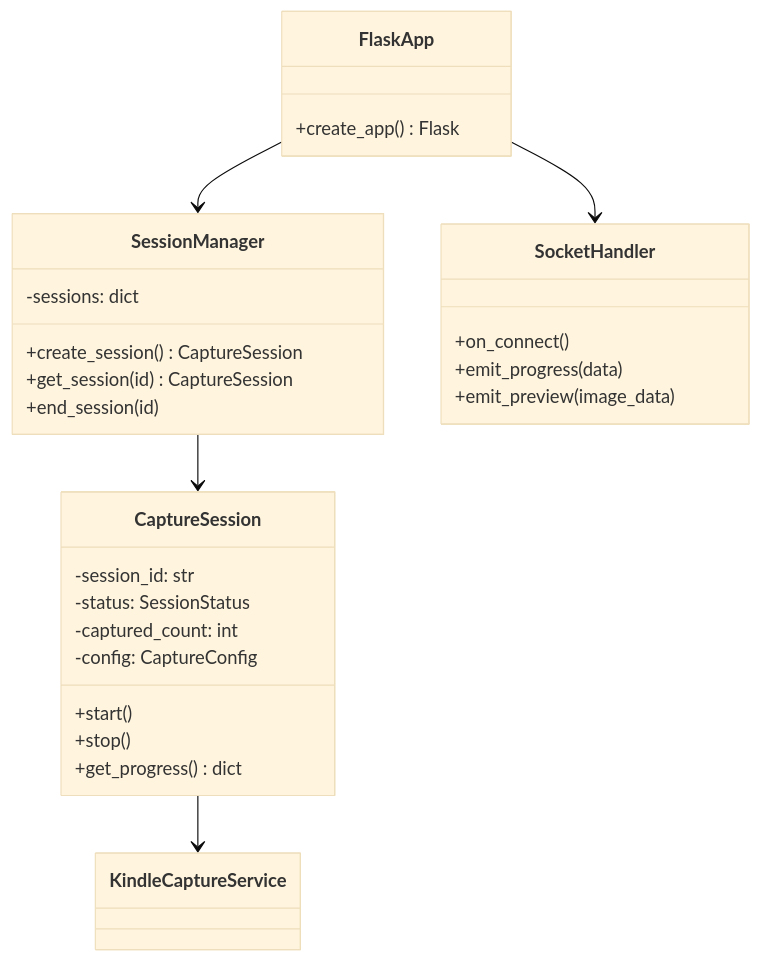
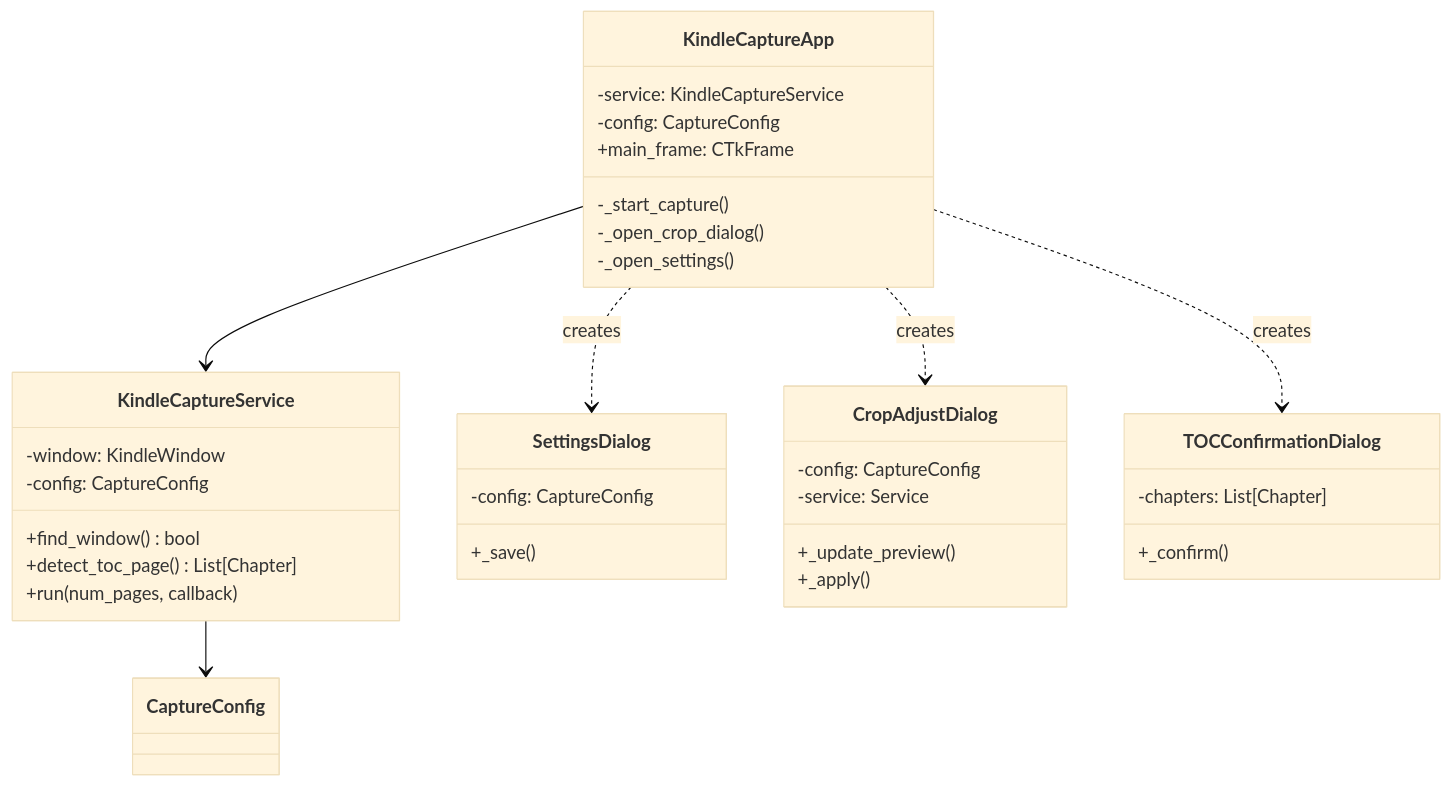
One commit to monokuma201607/kindle-to-pdf changed the first of 2 diagrams in docs/03_detailed_design.md. Above: the diagram before and after it, drawn with Mermaid (base theme). The commit also changed other lines of this file and 4 other files, not shown here.

````diff
--- a/docs/03_detailed_design.md
+++ b/docs/03_detailed_design.md
@@ -45,31 +44,42 @@
 ```mermaid
 classDiagram
-    class FlaskApp {
-        +create_app() Flask
-    }
-    class CaptureSession {
-        -session_id: str
-        -status: SessionStatus
-        -captured_count: int
+    class KindleCaptureApp {
+        -service: KindleCaptureService
         -config: CaptureConfig
-        +start()
-        +stop()
-        +get_progress() dict
-    }
-    class SessionManager {
-        -sessions: dict
-        +create_session() CaptureSession
-        +get_session(id) CaptureSession
-        +end_session(id)
-    }
-    class SocketHandler {
-        +on_connect()
-        +emit_progress(data)
-        +emit_preview(image_data)
+        +main_frame: CTkFrame
+        -_start_capture()
+        -_open_crop_dialog()
+        -_open_settings()
     }
     
-    FlaskApp --> SessionManager
-    SessionManager --> CaptureSession
-    CaptureSession --> KindleCaptureService
-    FlaskApp --> SocketHandler
+    class KindleCaptureService {
+        -window: KindleWindow
+        -config: CaptureConfig
+        +find_window() bool
+        +detect_toc_page() List[Chapter]
+        +run(num_pages, callback)
+    }
+    
+    class SettingsDialog {
+        -config: CaptureConfig
+        +_save()
+    }
+    
+    class CropAdjustDialog {
+        -config: CaptureConfig
+        -service: Service
+        +_update_preview()
+        +_apply()
+    }
+    
+    class TOCConfirmationDialog {
+        -chapters: List[Chapter]
+        +_confirm()
+    }
+
+    KindleCaptureApp --> KindleCaptureService
+    KindleCaptureApp ..> SettingsDialog : creates
+    KindleCaptureApp ..> CropAdjustDialog : creates
+    KindleCaptureApp ..> TOCConfirmationDialog : creates
+    KindleCaptureService --> CaptureConfig
 ```
````
